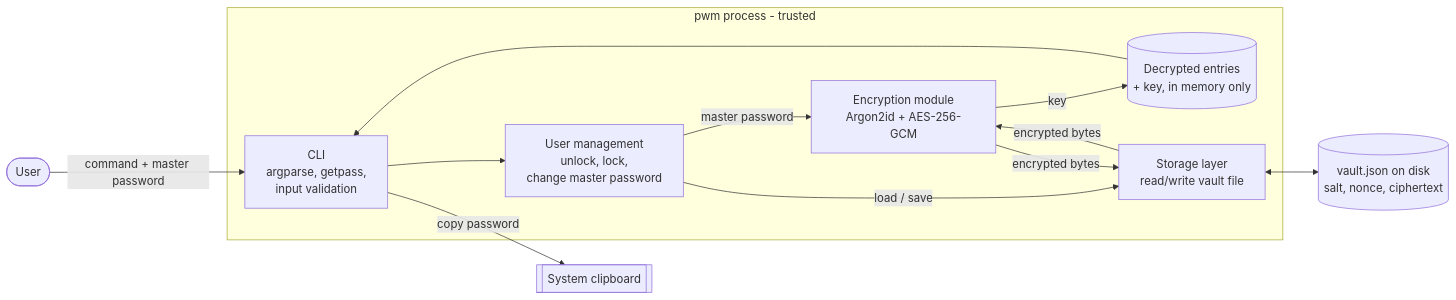
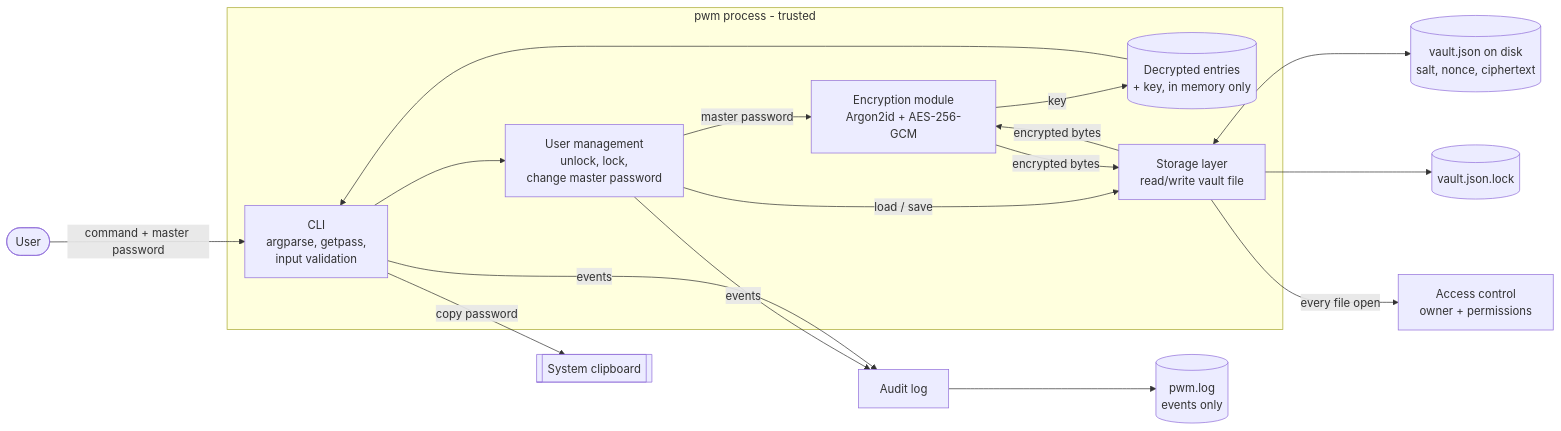
One commit to Javid-co/password-manager changed the diagram in docs/design.md. Above: the diagram before and after it, drawn with Mermaid. The commit also changed other lines of this file and 2 other files, not shown here.

````diff
--- a/docs/design.md
+++ b/docs/design.md
@@ -19,26 +30,35 @@
 ```mermaid
 flowchart LR
     user([User])
 
     subgraph proc [pwm process - trusted]
         cli[CLI<br/>argparse, getpass,<br/>input validation]
         um[User management<br/>unlock, lock,<br/>change master password]
         enc[Encryption module<br/>Argon2id + AES-256-GCM]
         mem[(Decrypted entries<br/>+ key, in memory only)]
         store[Storage layer<br/>read/write vault file]
     end
 
     disk[(vault.json on disk<br/>salt, nonce, ciphertext)]
+    lock[(vault.json.lock)]
+    log[(pwm.log<br/>events only)]
     clip[[System clipboard]]
+    acc[Access control<br/>owner + permissions]
+    aud[Audit log]
 
     user -- "command + master password" --> cli
     cli --> um
     um -- "master password" --> enc
     enc -- "key" --> mem
     um -- "load / save" --> store
     store -- "encrypted bytes" --> enc
     enc -- "encrypted bytes" --> store
     store <--> disk
+    store --> lock
+    store -- "every file open" --> acc
     cli -- "copy password" --> clip
     mem --> cli
+    um -- "events" --> aud
+    cli -- "events" --> aud
+    aud --> log
 ```
````
